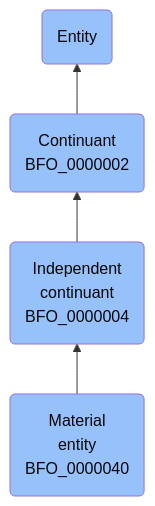
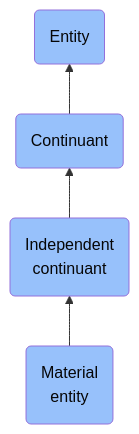
Before and after one commit to jupyter-naas/abi: the diagram in docs/ontology/reference/model/Entity/Continuant/Independent continuant/Material entity/Material entity.md, drawn with Mermaid. The commit also changed other lines of this file and 1430 other files, not shown here.

````diff
--- a/docs/ontology/reference/model/Entity/Continuant/Independent continuant/Material entity/Material entity.md
+++ b/docs/ontology/reference/model/Entity/Continuant/Independent continuant/Material entity/Material entity.md
@@ -24,11 +24,11 @@
 ```mermaid
 graph BT
-    BFO_0000040(Material<br>entity<br>BFO_0000040):::BFO-->BFO_0000004
-    BFO_0000004(Independent<br>continuant<br>BFO_0000004):::BFO-->BFO_0000002
-    BFO_0000002(Continuant<br>BFO_0000002):::BFO-->BFO_0000001
+    BFO_0000040(Material<br>entity):::BFO-->BFO_0000004
+    BFO_0000004(Independent<br>continuant):::BFO-->BFO_0000002
+    BFO_0000002(Continuant):::BFO-->BFO_0000001
     BFO_0000001(Entity):::BFO
     
     classDef BFO fill:#97c1fb,color:#060606
     classDef CCO fill:#e4c51e,color:#060606
     classDef ABI fill:#48DD82,color:#060606
 ```
````
